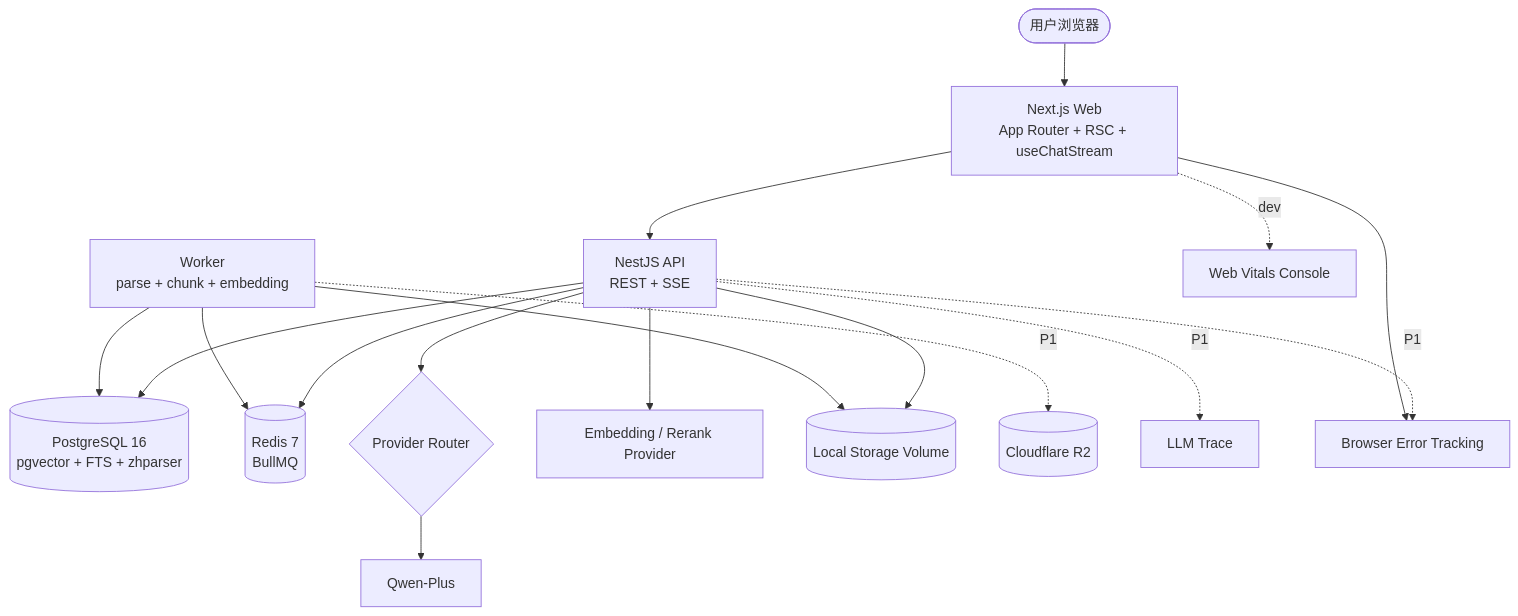
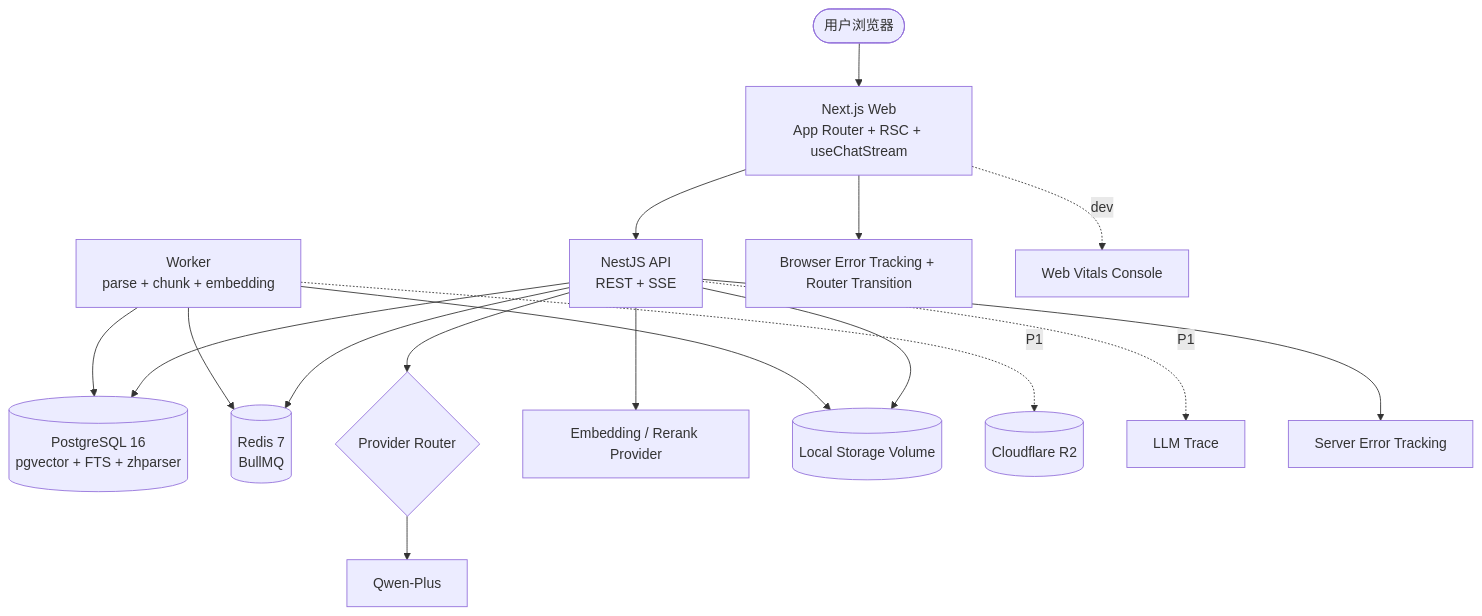
One commit to wentiansky/DevBrain changed the diagram in README.md. Above: the diagram before and after it, drawn with Mermaid. The commit also changed other lines of this file and 2 other files, not shown here.

First line of the commit message:
docs: 同步 README 与部署文档反映 API Sentry、check-migrations 等最新实现

````diff
--- a/README.md
+++ b/README.md
@@ -75,22 +75,22 @@
 ```mermaid
 flowchart TB
     User([用户浏览器]) --> Web[Next.js Web<br/>App Router + RSC + useChatStream]
     Web --> API[NestJS API<br/>REST + SSE]
 
     API --> PG[(PostgreSQL 16<br/>pgvector + FTS + zhparser)]
     API --> Redis[(Redis 7<br/>BullMQ)]
     Worker[Worker<br/>parse + chunk + embedding] --> PG
     Worker --> Redis
 
     API --> Router{Provider Router}
     Router --> Qwen[Qwen-Plus]
     API --> DashScope[Embedding / Rerank Provider]
 
     API --> LocalStorage[(Local Storage Volume)]
     Worker --> LocalStorage
     Worker -. P1 .-> R2[(Cloudflare R2)]
     API -. P1 .-> Langfuse[LLM Trace]
-    API -. P1 .-> Sentry[Server Error Tracking]
-    Web --> Sentry[Browser Error Tracking]
+    API --> SentryServer[Server Error Tracking]
+    Web --> SentryBrowser[Browser Error Tracking + Router Transition]
     Web -. dev .-> Console[Web Vitals Console]
 ```
````
